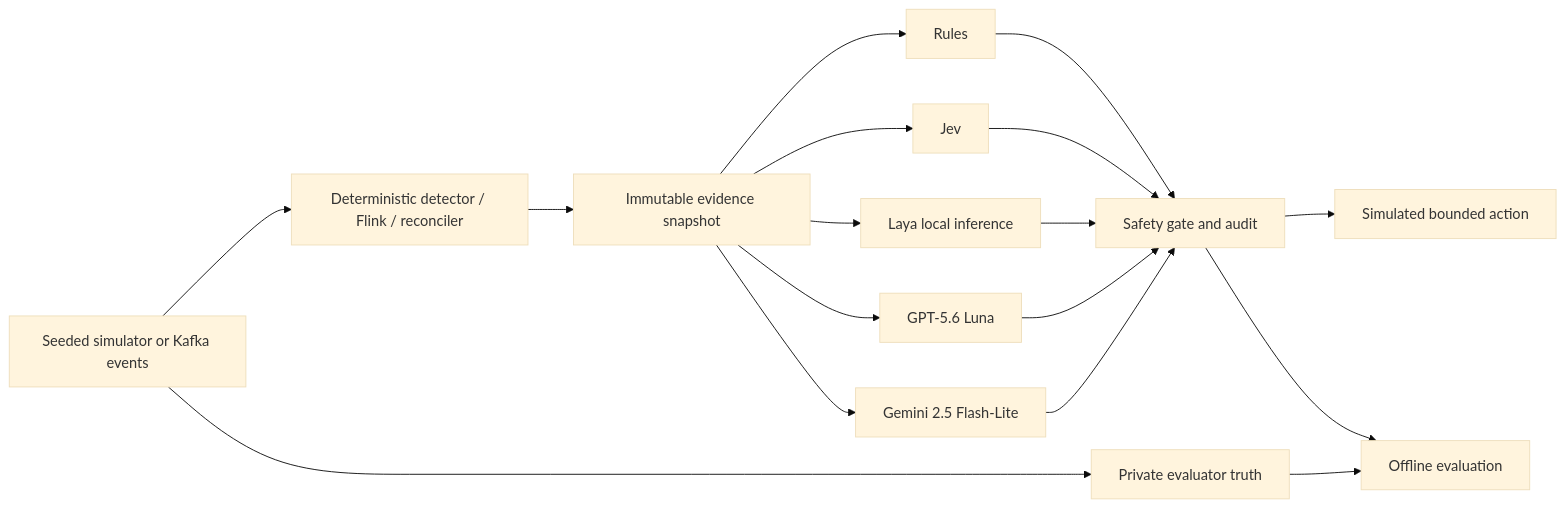
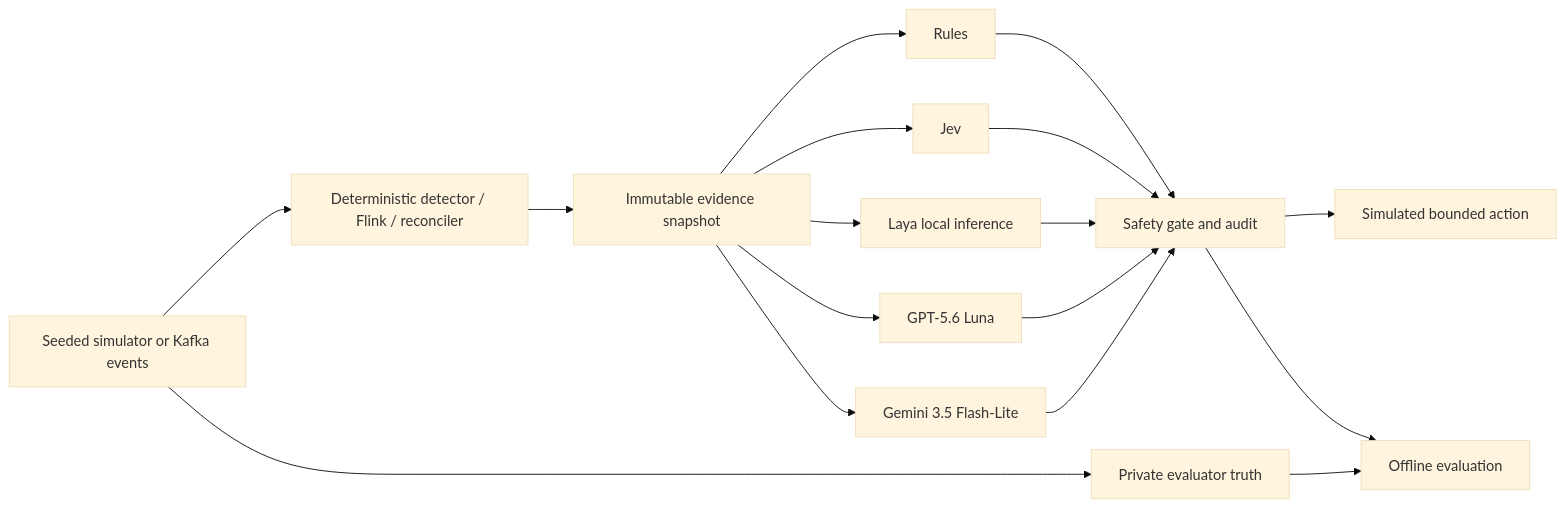
One commit to omerfeyzioglu/JevOps changed the diagram in docs/architecture.md. Above: the diagram before and after it, drawn with Mermaid (base theme). The commit also changed other lines of this file and 7 other files, not shown here.

````diff
--- a/docs/architecture.md
+++ b/docs/architecture.md
@@ -5,19 +5,19 @@
 ```mermaid
 flowchart LR
     S[Seeded simulator or Kafka events] --> D[Deterministic detector / Flink / reconciler]
     D --> E[Immutable evidence snapshot]
     E --> R[Rules]
     E --> J[Jev]
     E --> L[Laya local inference]
     E --> O[GPT-5.6 Luna]
-    E --> M[Gemini 2.5 Flash-Lite]
+    E --> M[Gemini 3.5 Flash-Lite]
     R --> G[Safety gate and audit]
     J --> G
     L --> G
     O --> G
     M --> G
     G --> A[Simulated bounded action]
     S --> T[Private evaluator truth]
     T --> V[Offline evaluation]
     G --> V
 ```
````
